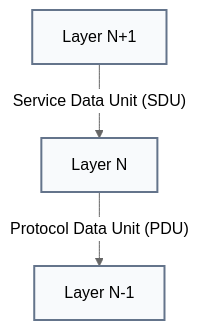
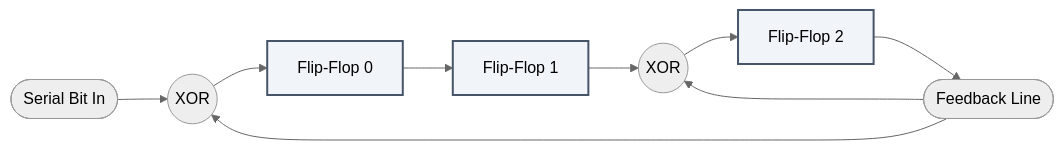
Before and after one commit to Raviranjan010/Neteworking_notes: the eighth of 12 diagrams in 05_Data_Link_Layer/diagrams.md, drawn with Mermaid (neutral theme). The commit also changed other lines of this file and 7 other files, not shown here.

Commit message:
add comprehensive data link layer notes, numericals, diagrams, MCQs, and cheat sheets

````diff
--- a/05_Data_Link_Layer/diagrams.md
+++ b/05_Data_Link_Layer/diagrams.md
@@ -98,8 +211,14 @@
 ```mermaid
-flowchart TB
-    Upper["Layer N+1"] -->|"Service Data Unit (SDU)"| Current["Layer N"]
-    Current -->|"Protocol Data Unit (PDU)"| Lower["Layer N-1"]
+flowchart LR
+    BitIn([Serial Bit In]) --> XOR1((XOR))
+    XOR1 --> FF0["Flip-Flop 0"]
+    FF0 --> FF1["Flip-Flop 1"]
+    FF1 --> XOR2((XOR))
+    XOR2 --> FF2["Flip-Flop 2"]
+    FF2 --> Out([Feedback Line])
+    Out --> XOR1
+    Out --> XOR2
 
-    classDef layer fill:#f8fafc,stroke:#64748b,stroke-width:2px;
-    class Upper,Current,Lower layer;
+    classDef reg fill:#f1f5f9,stroke:#475569,stroke-width:2px;
+    class FF0,FF1,FF2 reg;
 ```
````
